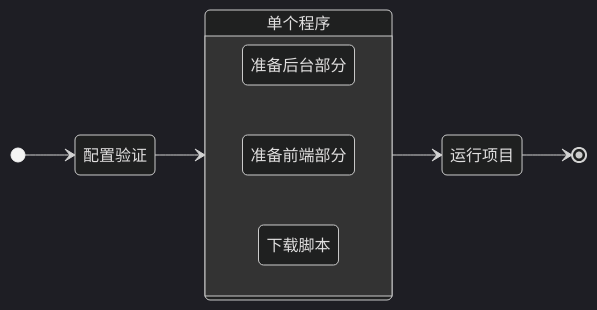
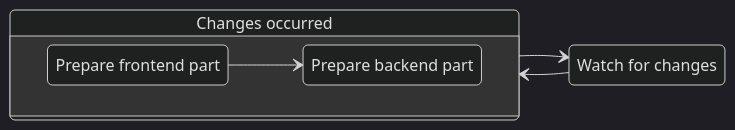
The diagram in docs/zh_HK/complete-user-guide/run-your-project.md (gowebly/docs), drawn with Mermaid (dark theme) before and after one commit. The commit also changed other lines of this file and 39 other files, not shown here.

````diff
--- a/docs/zh_HK/complete-user-guide/run-your-project.md
+++ b/docs/zh_HK/complete-user-guide/run-your-project.md
@@ -45,20 +37,14 @@
 ```mermaid
 stateDiagram-v2
-    Validation: 配置验证
-    Backend: 准备后台部分
-    Frontend: 准备前端部分
-    Downloading: 下载脚本
-    Goroutines: 单个程序
-    Run: 运行项目
+    Backend: Prepare backend part
+    Frontend: Prepare frontend part
+    Watch: Watch for changes
+    Changes: Changes occurred
     direction LR
-    [*] --> Validation
-    Validation --> Goroutines
-    state Goroutines {
-        direction LR
-        Backend
-        Frontend
-        Downloading
+    Watch --> Changes
+    state Changes {
+      direction LR
+      Frontend --> Backend
     }
-    Goroutines --> Run
-    Run --> [*]
+    Changes --> Watch
 ```
````
